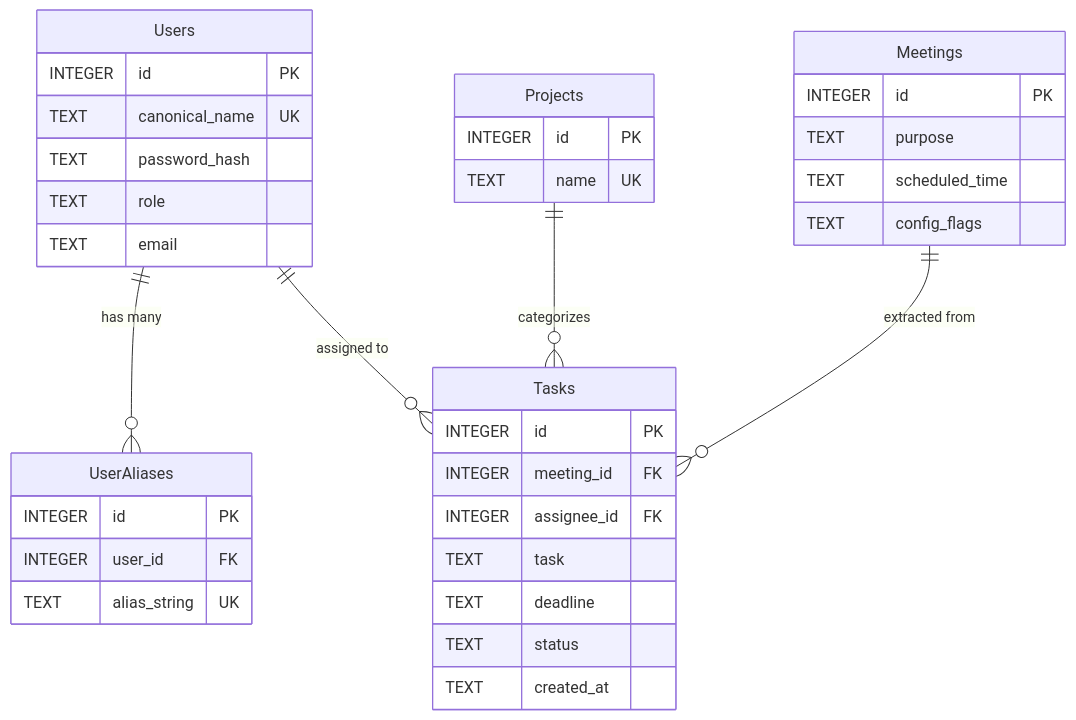
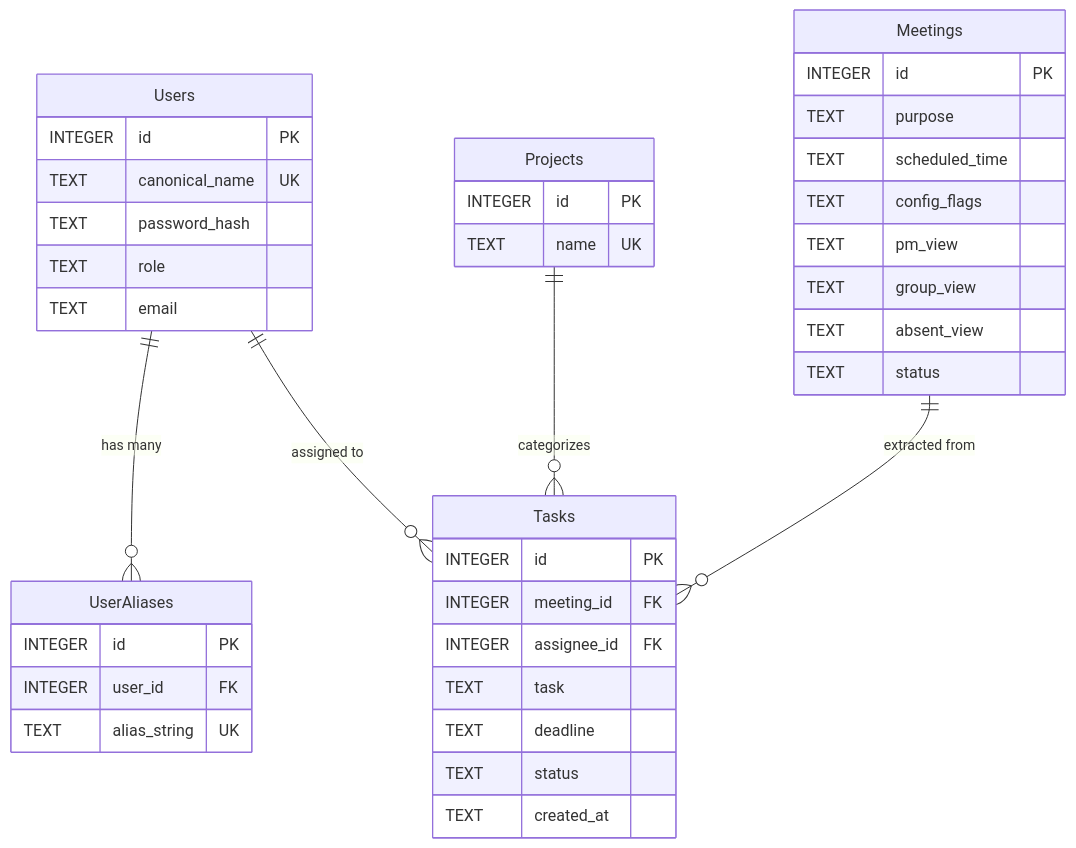
The second of 2 diagrams in architecture.md (Rohith07d/Pragyan), drawn with Mermaid before and after one commit. The commit also changed other lines of this file and 9 other files, not shown here.

Commit message:
feat(phase4-6): Complete end-of-meeting batch trigger, dynamic routing /meetings/[id], functional communications & notification hubs, and synchronized architecture.md

````diff
--- a/architecture.md
+++ b/architecture.md
@@ -57,43 +69,47 @@
 ```mermaid
 erDiagram
     Users ||--o{ UserAliases : "has many"
     Users ||--o{ Tasks : "assigned to"
     Projects ||--o{ Tasks : "categorizes"
     Meetings ||--o{ Tasks : "extracted from"
 
     Users {
         INTEGER id PK
         TEXT canonical_name UK
         TEXT password_hash
         TEXT role
         TEXT email
     }
 
     Projects {
         INTEGER id PK
         TEXT name UK
     }
 
     Meetings {
         INTEGER id PK
         TEXT purpose
         TEXT scheduled_time
         TEXT config_flags
+        TEXT pm_view
+        TEXT group_view
+        TEXT absent_view
+        TEXT status
     }
 
     Tasks {
         INTEGER id PK
         INTEGER meeting_id FK
         INTEGER assignee_id FK
         TEXT task
         TEXT deadline
         TEXT status
         TEXT created_at
     }
 
     UserAliases {
         INTEGER id PK
         INTEGER user_id FK
         TEXT alias_string UK
     }
 ```
````
